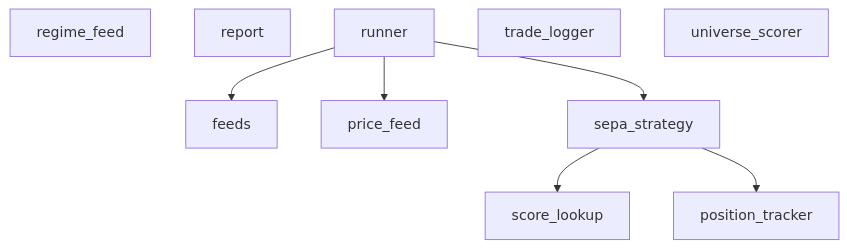
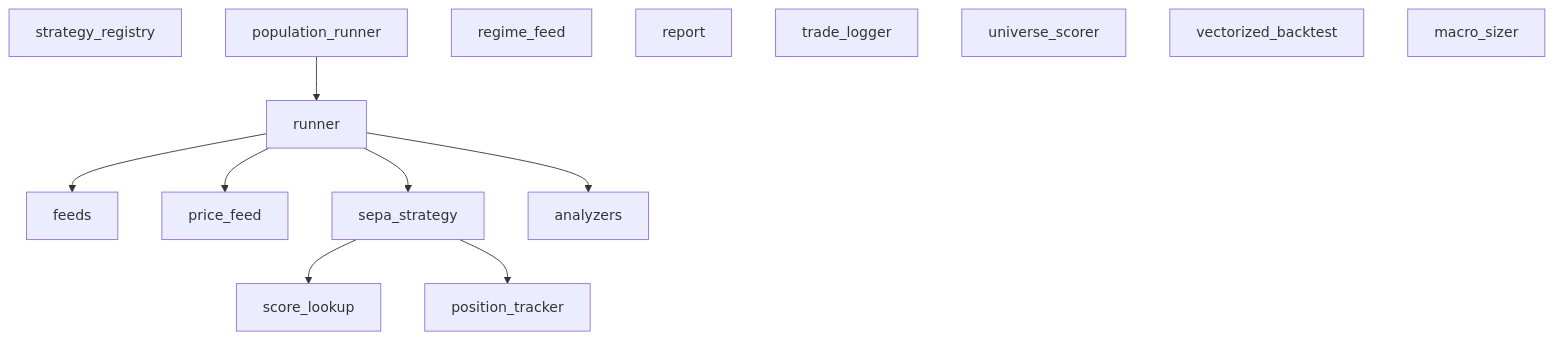
The diagram in docs/modules/backtest.md (Nanorice/mm-strat), drawn with Mermaid before and after one commit. The commit also changed other lines of this file and 9 other files, not shown here.

````diff
--- a/docs/modules/backtest.md
+++ b/docs/modules/backtest.md
@@ -10,18 +10,25 @@
 ```mermaid
 graph TD
+    strategy_registry[strategy_registry]
+    population_runner[population_runner]
     feeds[feeds]
     position_tracker[position_tracker]
     price_feed[price_feed]
     regime_feed[regime_feed]
     report[report]
     runner[runner]
     runner --> feeds
     runner --> sepa_strategy
     runner --> price_feed
     score_lookup[score_lookup]
     sepa_strategy[sepa_strategy]
     sepa_strategy --> score_lookup
     sepa_strategy --> position_tracker
     trade_logger[trade_logger]
     universe_scorer[universe_scorer]
+    vectorized_backtest[vectorized_backtest]
+    analyzers[analyzers]
+    macro_sizer[macro_sizer]
+    population_runner --> runner
+    runner --> analyzers
 ```
````
